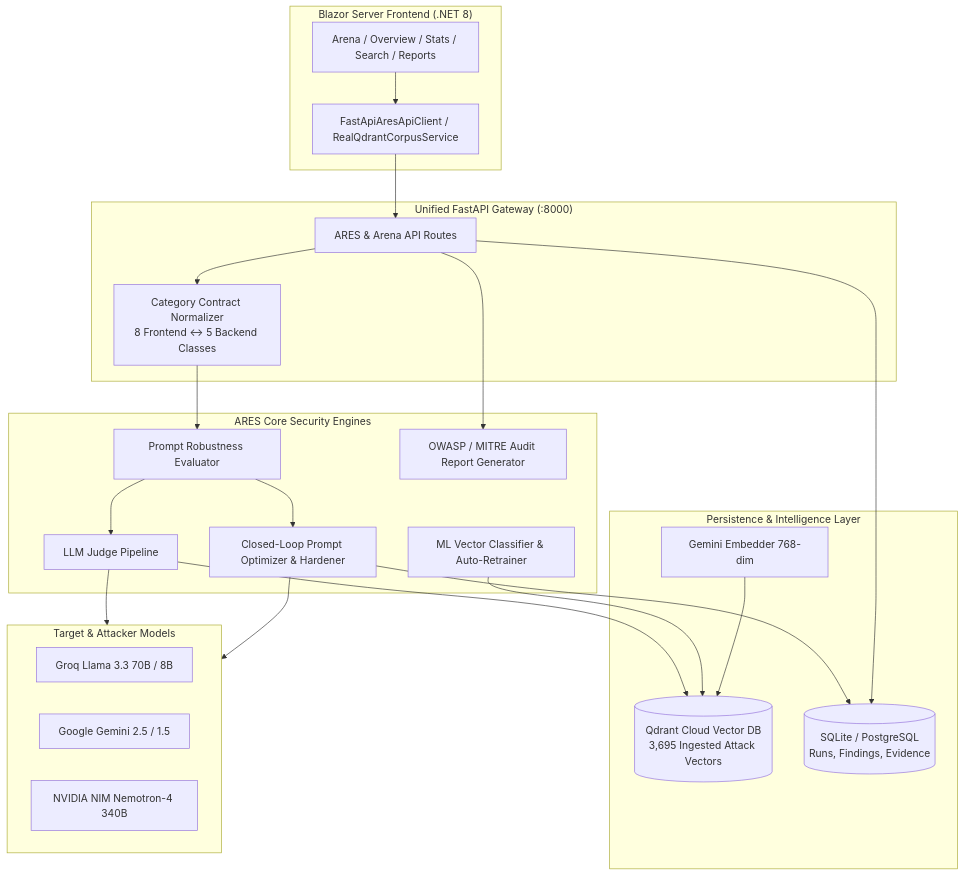
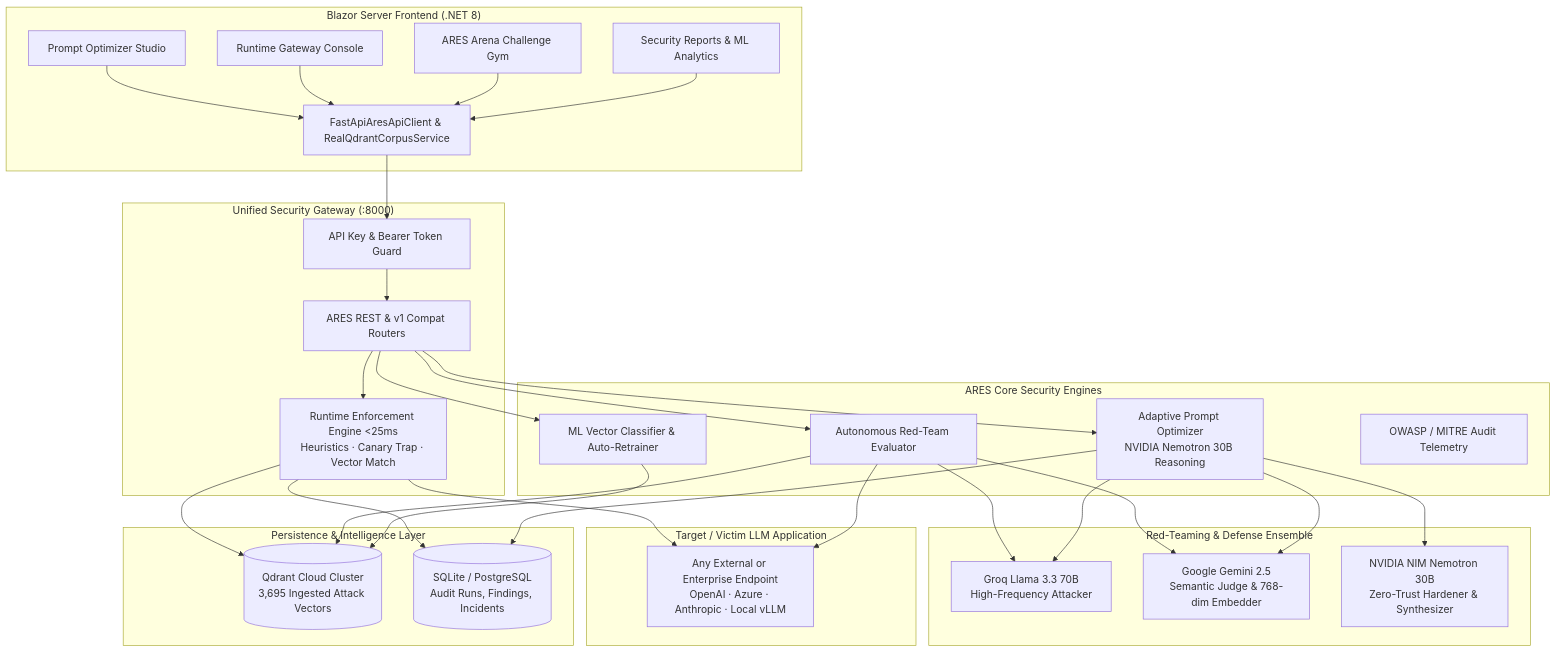
One commit to NeoGonsalves/ARES-AI-Resilience-and-Evaluation-Security-System changed the diagram in README.md. Above: the diagram before and after it, drawn with Mermaid. The commit also changed other lines of this file, not shown here.

Commit message:
docs: update README with Runtime Gateway, Prompt Optimizer studio, and run instructions

````diff
--- a/README.md
+++ b/README.md
@@ -16,47 +16,65 @@
 ```mermaid
 flowchart TD
     subgraph Frontend["Blazor Server Frontend (.NET 8)"]
-        UI[Arena / Overview / Stats / Search / Reports]
-        Client[FastApiAresApiClient / RealQdrantCorpusService]
+        UI_Opt[Prompt Optimizer Studio]
+        UI_Gate[Runtime Gateway Console]
+        UI_Arena[ARES Arena Challenge Gym]
+        UI_Rep[Security Reports & ML Analytics]
+        Client[FastApiAresApiClient & RealQdrantCorpusService]
     end
 
-    subgraph Gateway["Unified FastAPI Gateway (:8000)"]
-        Router[ARES & Arena API Routes]
-        Mappings[Category Contract Normalizer<br/>8 Frontend ↔ 5 Backend Classes]
+    subgraph Gateway["Unified Security Gateway (:8000)"]
+        Auth[API Key & Bearer Token Guard]
+        Router[ARES REST & v1 Compat Routers]
+        Enforcer[Runtime Enforcement Engine <25ms<br/>Heuristics · Canary Trap · Vector Match]
     end
 
     subgraph CoreEngine["ARES Core Security Engines"]
-        Evaluator[Prompt Robustness Evaluator]
-        Judge[LLM Judge Pipeline]
-        Optimizer[Closed-Loop Prompt Optimizer & Hardener]
+        Evaluator[Autonomous Red-Team Evaluator]
+        Optimizer[Adaptive Prompt Optimizer<br/>NVIDIA Nemotron 30B Reasoning]
         MLStats[ML Vector Classifier & Auto-Retrainer]
-        Reporter[OWASP / MITRE Audit Report Generator]
+        Reporter[OWASP / MITRE Audit Telemetry]
+    end
+
+    subgraph RedTeamTrio["Red-Teaming & Defense Ensemble"]
+        Groq[Groq Llama 3.3 70B<br/>High-Frequency Attacker]
+        Gemini[Google Gemini 2.5<br/>Semantic Judge & 768-dim Embedder]
+        Nvidia[NVIDIA NIM Nemotron 30B<br/>Zero-Trust Hardener & Synthesizer]
+    end
+
+    subgraph Targets["Target / Victim LLM Application"]
+        Victim[Any External or Enterprise Endpoint<br/>OpenAI · Azure · Anthropic · Local vLLM]
     end
 
     subgraph Storage["Persistence & Intelligence Layer"]
-        Qdrant[(Qdrant Cloud Vector DB<br/>3,695 Ingested Attack Vectors)]
-        Embedder[Gemini Embedder 768-dim]
-        SQLDB[(SQLite / PostgreSQL<br/>Runs, Findings, Evidence)]
+        Qdrant[(Qdrant Cloud Cluster<br/>3,695 Ingested Attack Vectors)]
+        SQLDB[(SQLite / PostgreSQL<br/>Audit Runs, Findings, Incidents)]
     end
 
-    subgraph Providers["Target & Attacker Models"]
-        Groq[Groq Llama 3.3 70B / 8B]
-        Gemini[Google Gemini 2.5 / 1.5]
-        Nvidia[NVIDIA NIM Nemotron-4 340B]
-    end
+    UI_Opt --> Client
+    UI_Gate --> Client
+    UI_Arena --> Client
+    UI_Rep --> Client
+    Client --> Auth
+    Auth --> Router
+    Router --> Enforcer
+    Router --> Evaluator
+    Router --> Optimizer
+    Router --> MLStats
 
-    UI --> Client
-    Client --> Router
-    Router --> Mappings
-    Mappings --> Evaluator
-    Evaluator --> Judge
-    Evaluator --> Optimizer
-    Judge --> Providers
-    Judge --> Qdrant
-    Optimizer --> Providers
+    Enforcer --> Qdrant
+    Enforcer --> SQLDB
+    Enforcer --> Victim
+
+    Evaluator --> Groq
+    Evaluator --> Gemini
+    Evaluator --> Victim
+    Evaluator --> Qdrant
+
+    Optimizer --> Nvidia
+    Optimizer --> Gemini
+    Optimizer --> Groq
     Optimizer --> SQLDB
+
     MLStats --> Qdrant
-    Embedder --> Qdrant
-    Router --> SQLDB
-    Router --> Reporter
 ```
````
